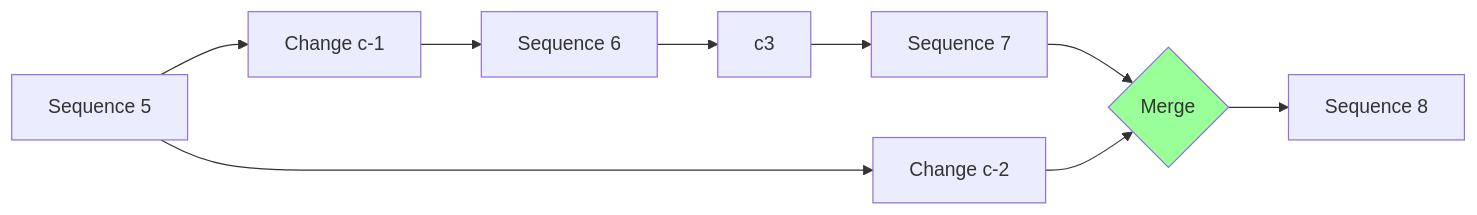
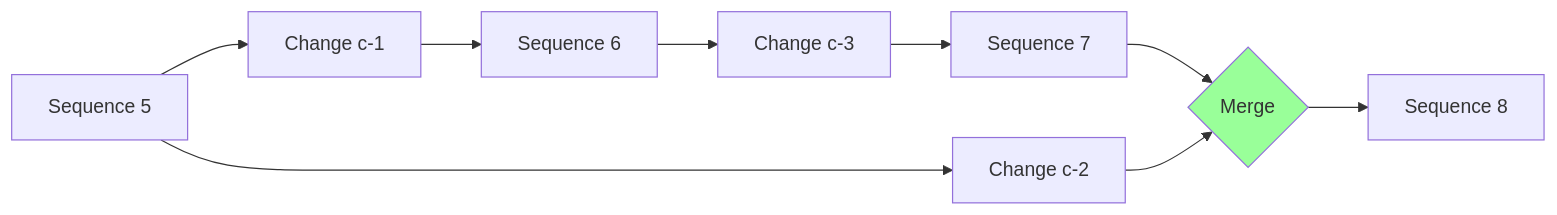
The ninth of 17 diagrams in spec/sync.md (orblivion/lbry-wallet-sync-draft), drawn with Mermaid before and after one commit. The commit also changed other lines of this file, not shown here.

````diff
--- a/spec/sync.md
+++ b/spec/sync.md
@@ -187,16 +201,17 @@
 ```mermaid
   flowchart LR
     s5[Sequence 5]
     s6[Sequence 6]
     s7[Sequence 7]
     s8[Sequence 8]
     c1[Change c-1]
     c2[Change c-2]
+    c3[Change c-3]
     m{Merge}
 
     s5 --> c1 --> s6 --> c3 --> s7 --> m
     s5 --> c2 --> m
     m --> s8
 
     style m fill:#9f9
 ```
````
